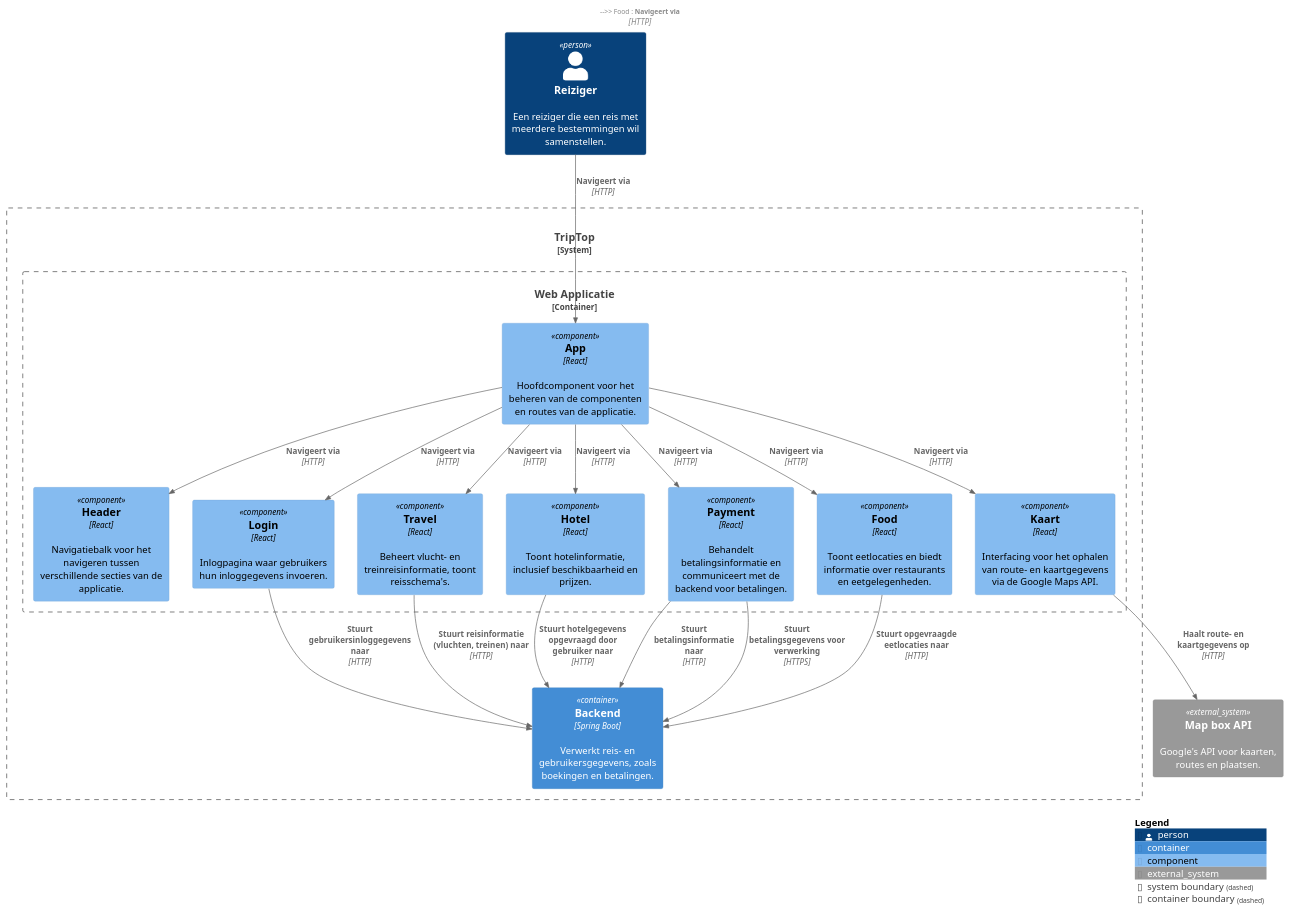
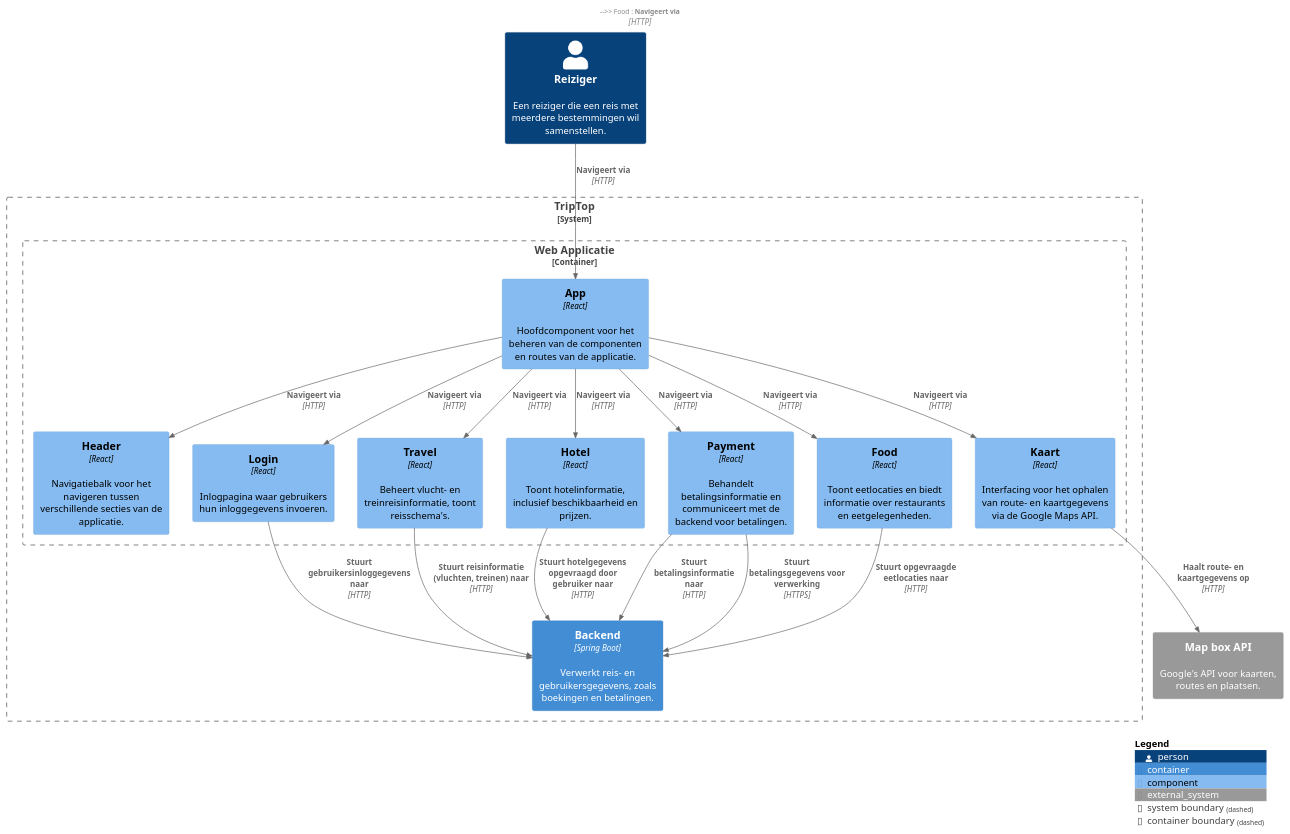
One commit to AIM-ENE-feb25/triptop-groep-b2 changed the diagram in componentDiagramFrontendTripTop.puml. Above: the diagram before and after it, drawn with PlantUML. The commit also changed 6 other files, not shown here.

Commit message:
Added legend to all diagrams

```diff
--- a/componentDiagramFrontendTripTop.puml
+++ b/componentDiagramFrontendTripTop.puml
@@ -1,50 +1,52 @@
 @startuml
 !include https://raw.githubusercontent.com/plantuml-stdlib/C4-PlantUML/master/C4_Component.puml
+
+SHOW_LEGEND(true)
 
 top to bottom direction
 
 Person(traveller, "Reiziger", "Een reiziger die een reis met meerdere bestemmingen wil samenstellen.")
 
 System_Boundary(TripTop, "TripTop", "Systeem voor het samenstellen van reizen.") {
     Container_Boundary(Web_App, "Web Applicatie") {
         Component(App, "App", "React", "Hoofdcomponent voor het beheren van de componenten en routes van de applicatie.")
         Component(Header, "Header", "React", "Navigatiebalk voor het navigeren tussen verschillende secties van de applicatie.")
         Component(Login, "Login", "React", "Inlogpagina waar gebruikers hun inloggegevens invoeren.")
         Component(Kaart, "Kaart", "React", "Interfacing voor het ophalen van route- en kaartgegevens via de Google Maps API.")
         Component(Travel, "Travel", "React", "Beheert vlucht- en treinreisinformatie, toont reisschema's.")
         Component(Hotel, "Hotel", "React", "Toont hotelinformatie, inclusief beschikbaarheid en prijzen.")
         Component(Payment, "Payment", "React", "Behandelt betalingsinformatie en communiceert met de backend voor betalingen.")
         Component(Food, "Food", "React", "Toont eetlocaties en biedt informatie over restaurants en eetgelegenheden.")
     }
 
     Container(Backend, "Backend", "Spring Boot", "Verwerkt reis- en gebruikersgegevens, zoals boekingen en betalingen.")
 }
 
 System_Ext(MapBoxAPI, "Map box API", "Google's API voor kaarten, routes en plaatsen.", $link="https://developers.google.com/maps")
 
 Rel(traveller, App, "Navigeert via", "HTTP")
 Rel(App, Header, "Navigeert via", "HTTP")
 Rel(Header, Login, "Navigeert via", "HTTP")
 Rel(Header, Kaart, "Navigeert via", "HTTP")
 Rel(Header, Travel, "Navigeert via", "HTTP")
 Rel(Header, Hotel, "Navigeert via", "HTTP")
 Rel(Header, Payment, "Navigeert via", "HTTP")
 Rel(Header, Food, "Navigeert via", "HTTP")
 Rel(App, Login, "Navigeert via", "HTTP")
 Rel(App, Kaart, "Navigeert via", "HTTP")
 Rel(App, Travel, "Navigeert via", "HTTP")
 Rel(App, Hotel, "Navigeert via", "HTTP")
 Rel(App, Payment, "Navigeert via", "HTTP")
 Rel(App, Food, "Navigeert via", "HTTP")
 
 Rel(Login, Backend, "Stuurt gebruikersinloggegevens naar", "HTTP")
 Rel(Hotel, Backend, "Stuurt hotelgegevens opgevraagd door gebruiker naar", "HTTP")
 Rel(Payment, Backend, "Stuurt betalingsinformatie naar", "HTTP")
 Rel(Travel, Backend, "Stuurt reisinformatie (vluchten, treinen) naar", "HTTP")
 Rel(Food, Backend, "Stuurt opgevraagde eetlocaties naar", "HTTP")
 
 Rel(Kaart, MapBoxAPI, "Haalt route- en kaartgegevens op", "HTTP")
 Rel(Payment, Backend, "Stuurt betalingsgegevens voor verwerking", "HTTPS")
 
 SHOW_LEGEND(TRUE)
 @enduml
```
